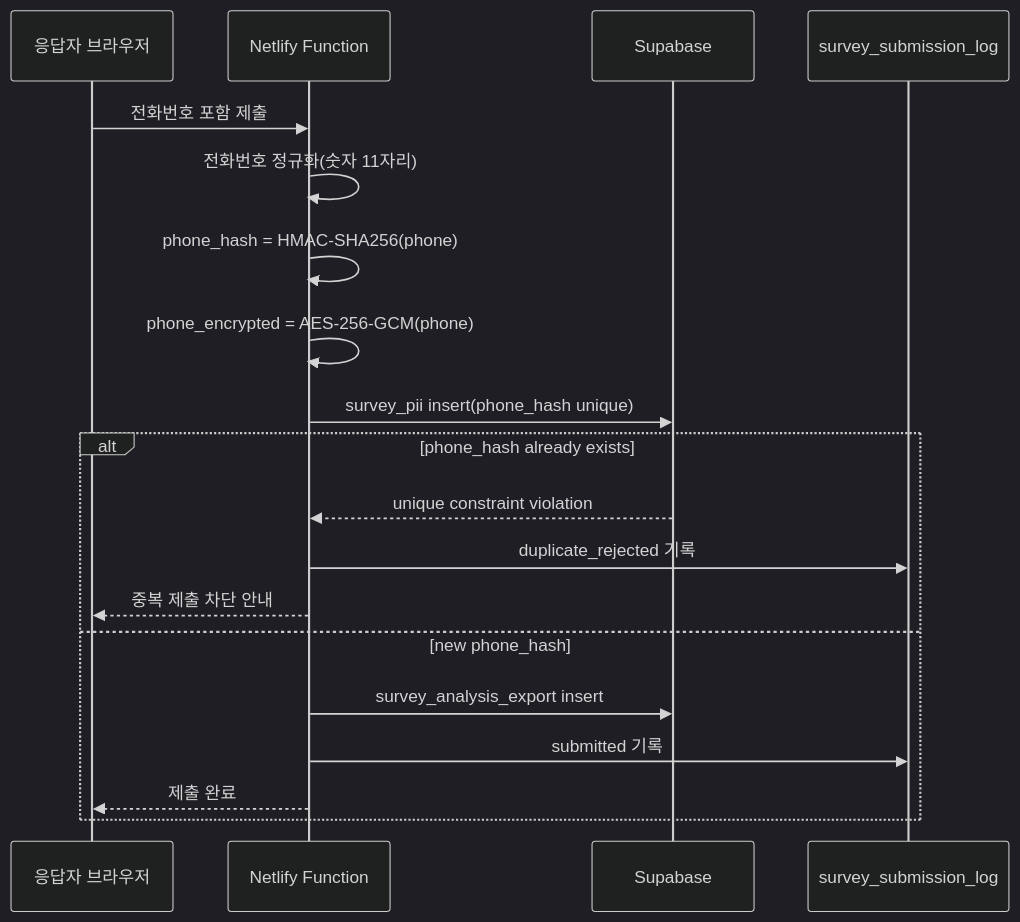
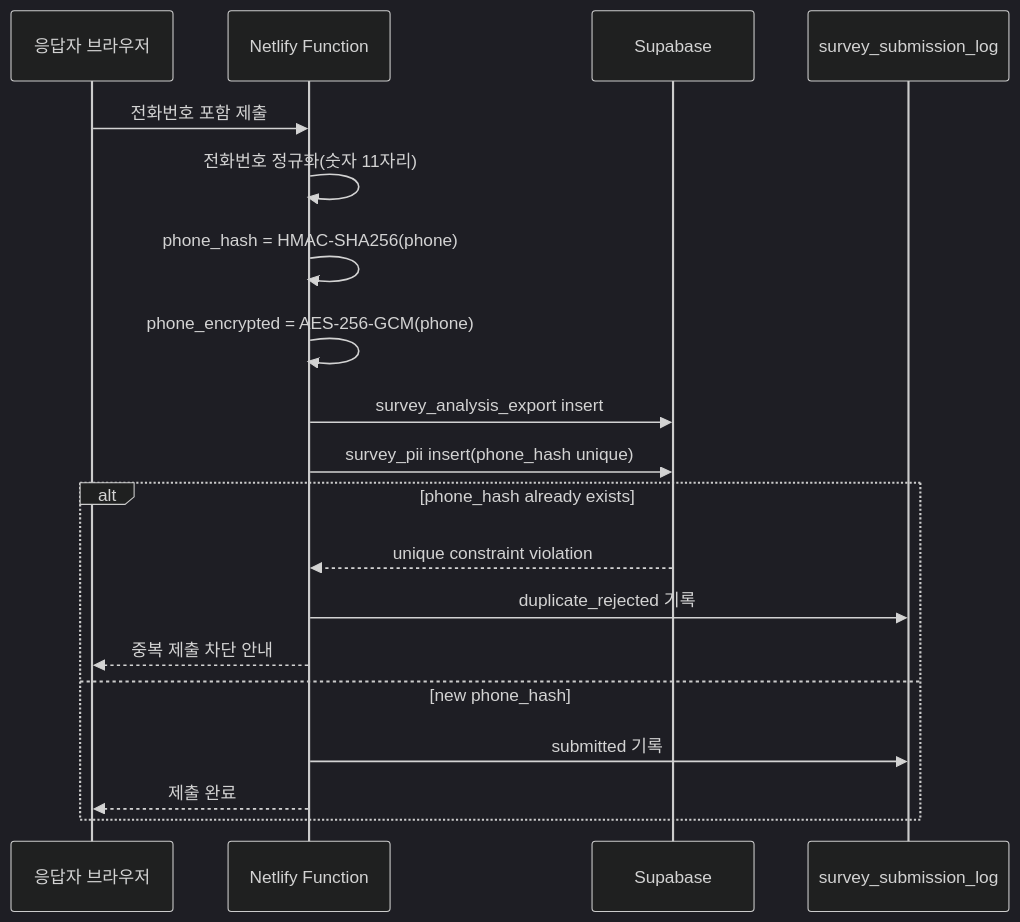
One commit to FiveEastRoot/LIBanalysis_2026_survey changed the diagram in docs/phone-encryption-operations.md. Above: the diagram before and after it, drawn with Mermaid (dark theme). The commit also changed other lines of this file and 7 other files, not shown here.

````diff
--- a/docs/phone-encryption-operations.md
+++ b/docs/phone-encryption-operations.md
@@ -23,23 +23,23 @@
 ```mermaid
 sequenceDiagram
     participant User as 응답자 브라우저
     participant API as Netlify Function
     participant DB as Supabase
     participant Log as survey_submission_log
 
     User->>API: 전화번호 포함 제출
     API->>API: 전화번호 정규화(숫자 11자리)
     API->>API: phone_hash = HMAC-SHA256(phone)
     API->>API: phone_encrypted = AES-256-GCM(phone)
+    API->>DB: survey_analysis_export insert
     API->>DB: survey_pii insert(phone_hash unique)
 
     alt phone_hash already exists
         DB-->>API: unique constraint violation
         API->>Log: duplicate_rejected 기록
         API-->>User: 중복 제출 차단 안내
     else new phone_hash
-        API->>DB: survey_analysis_export insert
         API->>Log: submitted 기록
         API-->>User: 제출 완료
     end
 ```
````
